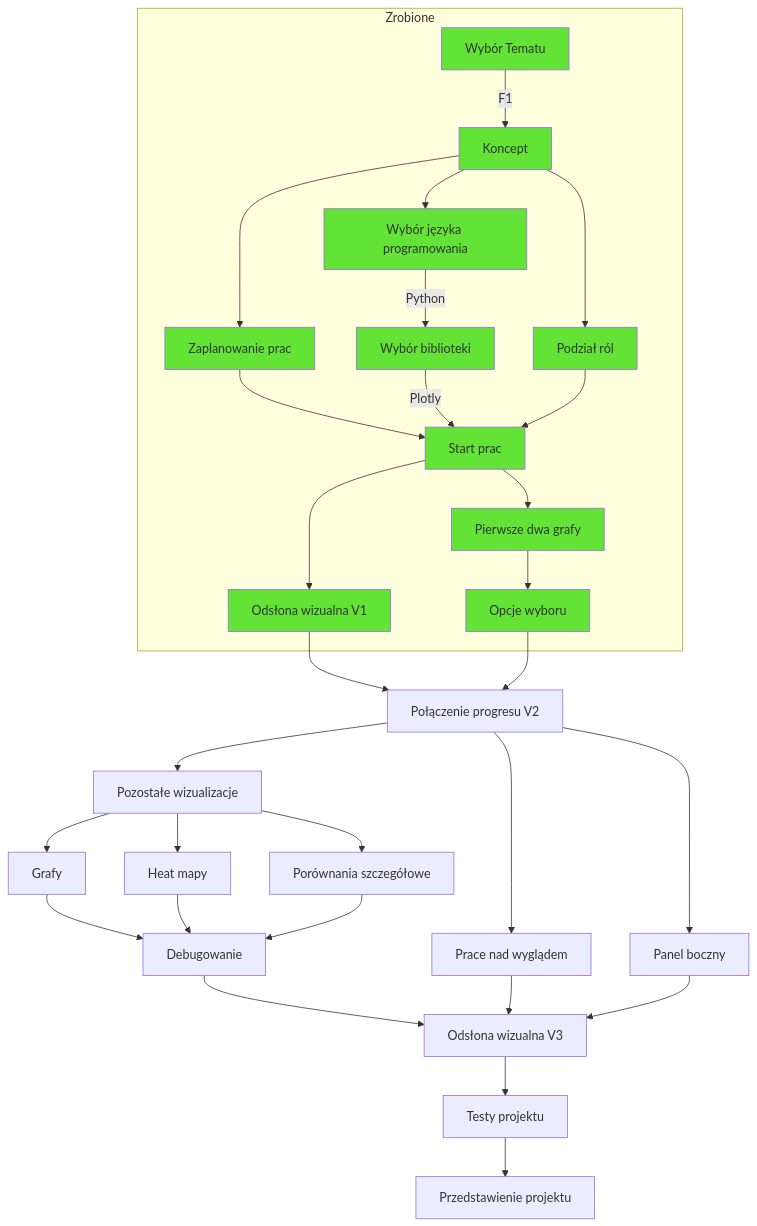
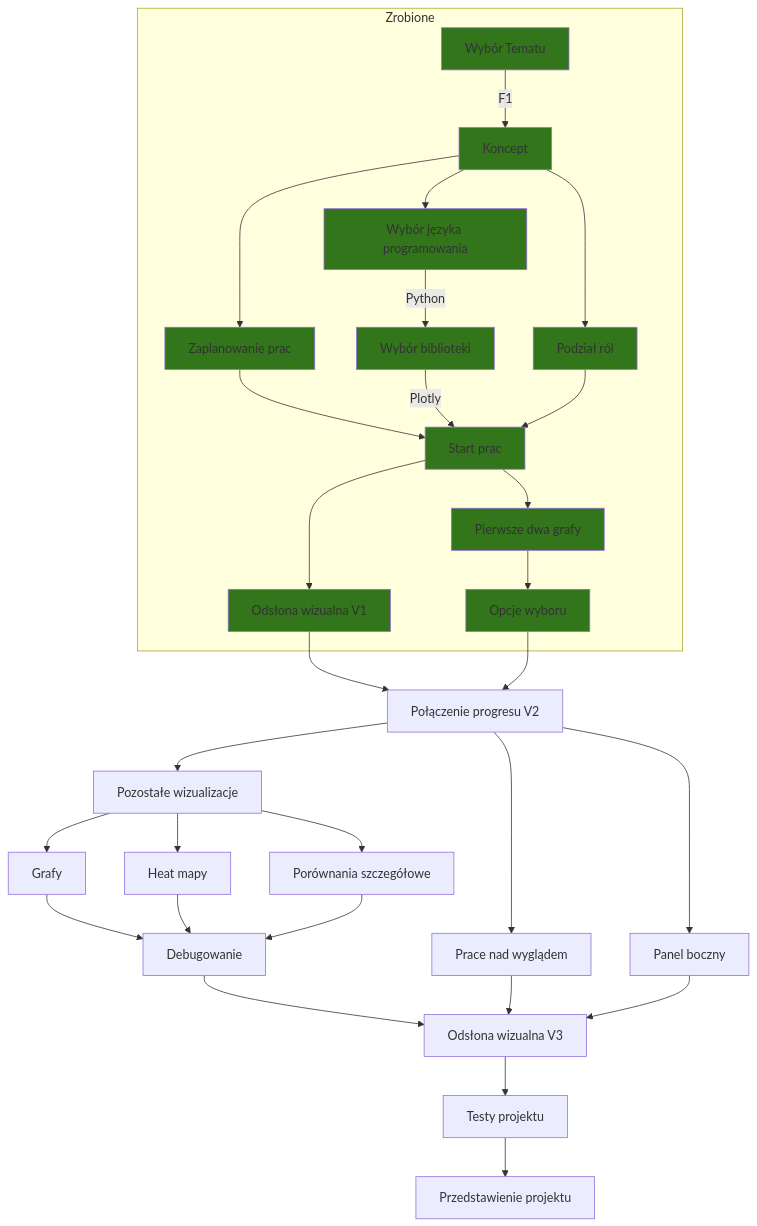
The diagram in README.md (Tymiec/Formula_1_Visualized), drawn with Mermaid before and after one commit.

Commit message:
zmiana koloru

````diff
--- a/README.md
+++ b/README.md
@@ -19,49 +19,49 @@
 ```mermaid
 %%{init: {'theme': light 'base', 'themeVariables': { 'primaryColor': '#ffcccc', 'edgeLabelBackground':'#ffffee', 'tertiaryColor': '#fff0f0'}}}%%
 graph 
 Start1[Wybór Tematu] -- F1--> Koncept
 Koncept --> Wybor
 Koncept --> Podzial
 Koncept --> Plany[Zaplanowanie prac] --> Start_prac
 Wybor[Wybór języka programowania] -- Python --> Wybor2[Wybór biblioteki]-- Plotly -->Start_prac
 Podzial[Podział ról] --> Start_prac
 Start_prac[Start prac]
 Start_prac --> Graf[Pierwsze dwa grafy]
 Start_prac --> Strona[Odsłona wizualna V1] --> Merge
 Graf --> Przyciski[Opcje wyboru] --> Merge
 Merge[Połączenie progresu V2]
 Merge --> Grafy_dodanie[Pozostałe wizualizacje]
 Grafy_dodanie --> Grafiki[Grafy]--> Debugowanie
 Grafy_dodanie --> Heatmapy[Heat mapy]--> Debugowanie
 Grafy_dodanie --> Porownania[Porównania szczegółowe]--> Debugowanie
 Debugowanie --> Merge2
 Merge --> Wiz2[Prace nad wyglądem] --> Merge2
 Merge --> PBoczny[Panel boczny] --> Merge2
 Merge2[Odsłona wizualna V3]
 Merge2 --> Testy[Testy projektu]
 Testy --> Finish[Przedstawienie projektu]
 
 subgraph Zrobione
  Start1
  Koncept
  Start_prac
  Podzial
  Wybor2
  Plany
  Wybor
  Graf
  Przyciski
  Strona
 end
 
-style Start1 fill:#63E336
-style Koncept fill:#63E336
-style Start_prac fill:#63E336
-style Podzial fill:#63E336
-style Wybor2 fill:#63E336
-style Plany fill:#63E336
-style Wybor fill:#63E336
-style Graf fill:#63E336
-style Przyciski fill:#63E336
-style Strona fill:#63E336
+style Start1 fill:#32751B
+style Koncept fill:#32751B
+style Start_prac fill:#32751B
+style Podzial fill:#32751B
+style Wybor2 fill:#32751B
+style Plany fill:#32751B
+style Wybor fill:#32751B
+style Graf fill:#32751B
+style Przyciski fill:#32751B
+style Strona fill:#32751B
 ```
````
